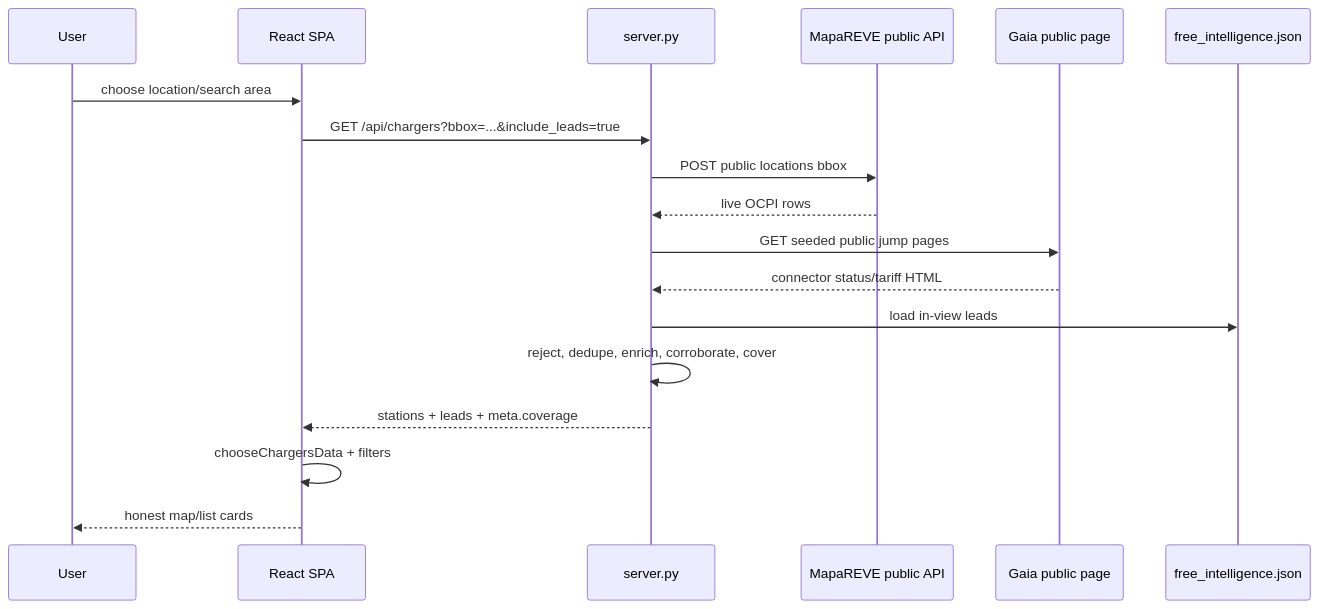
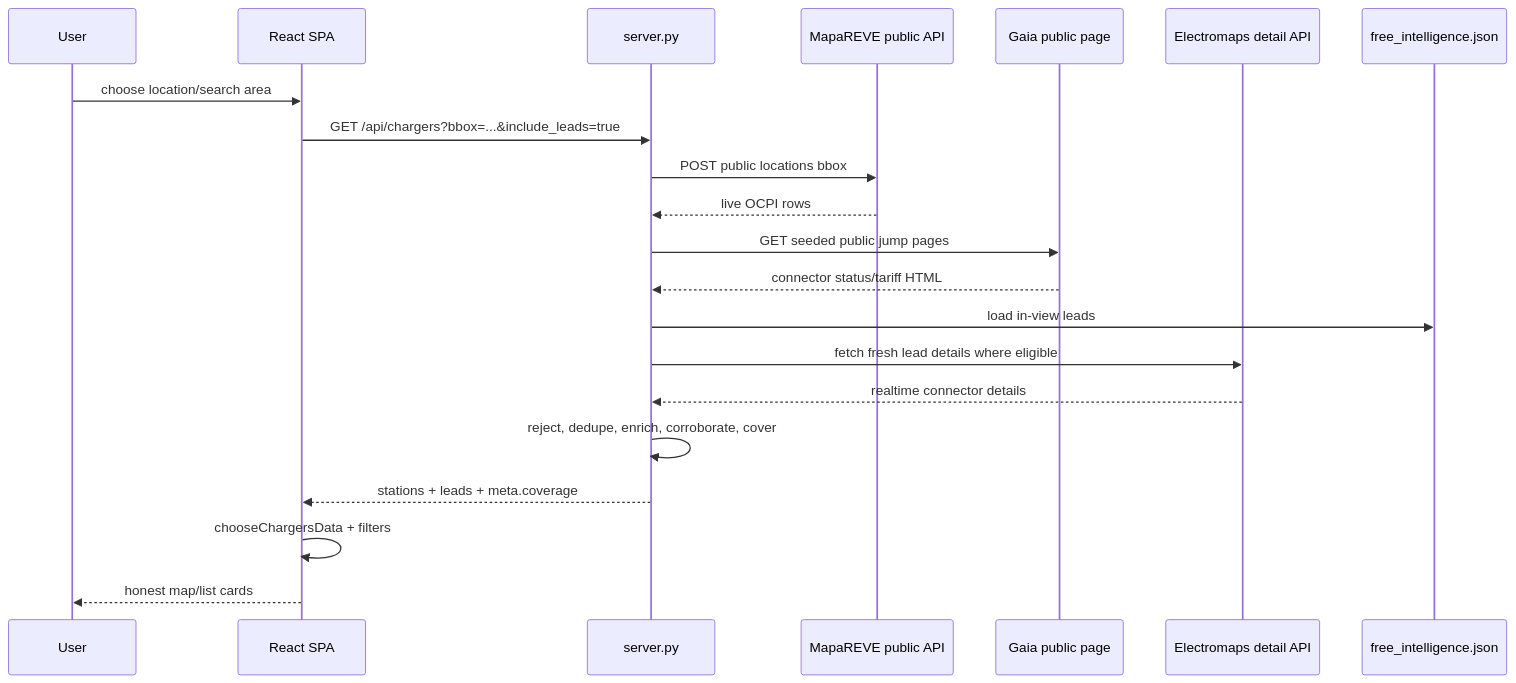
The first of 4 diagrams in docs/wiki/diagrams/sequences.md (arsiktech/voltago), drawn with Mermaid before and after one commit. The commit also changed other lines of this file and 6 other files, not shown here.

````diff
--- a/docs/wiki/diagrams/sequences.md
+++ b/docs/wiki/diagrams/sequences.md
@@ -8,21 +8,24 @@
 ```mermaid
 sequenceDiagram
     participant User
     participant SPA as React SPA
     participant API as server.py
     participant MapaREVE as MapaREVE public API
     participant Gaia as Gaia public page
+    participant EM as Electromaps detail API
     participant Intel as free_intelligence.json
 
     User->>SPA: choose location/search area
     SPA->>API: GET /api/chargers?bbox=...&include_leads=true
     API->>MapaREVE: POST public locations bbox
     MapaREVE-->>API: live OCPI rows
     API->>Gaia: GET seeded public jump pages
     Gaia-->>API: connector status/tariff HTML
     API->>Intel: load in-view leads
+    API->>EM: fetch fresh lead details where eligible
+    EM-->>API: realtime connector details
     API->>API: reject, dedupe, enrich, corroborate, cover
     API-->>SPA: stations + leads + meta.coverage
     SPA->>SPA: chooseChargersData + filters
     SPA-->>User: honest map/list cards
 ```
````
